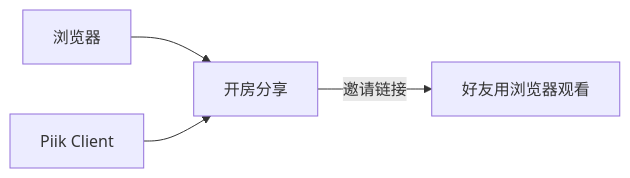
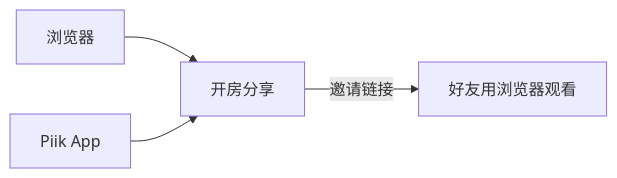
The diagram in README.zh-CN.md (GH6324/Piik), drawn with Mermaid before and after one commit. The commit also changed other lines of this file and 184 other files, not shown here.

Commit message:
chore(app): name the standalone application Piik App

````diff
--- a/README.zh-CN.md
+++ b/README.zh-CN.md
@@ -12,6 +12,6 @@
 ```mermaid
 flowchart LR
   Browser[浏览器] --> Host[开房分享]
-  Client[Piik Client] --> Host
+  App[Piik App] --> Host
   Host -->|邀请链接| Friends[好友用浏览器观看]
 ```
````
